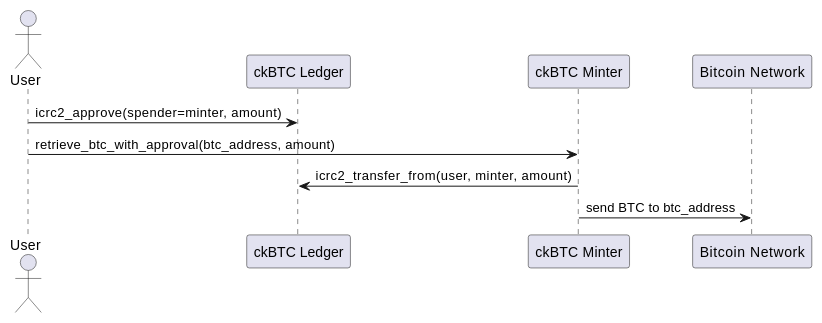
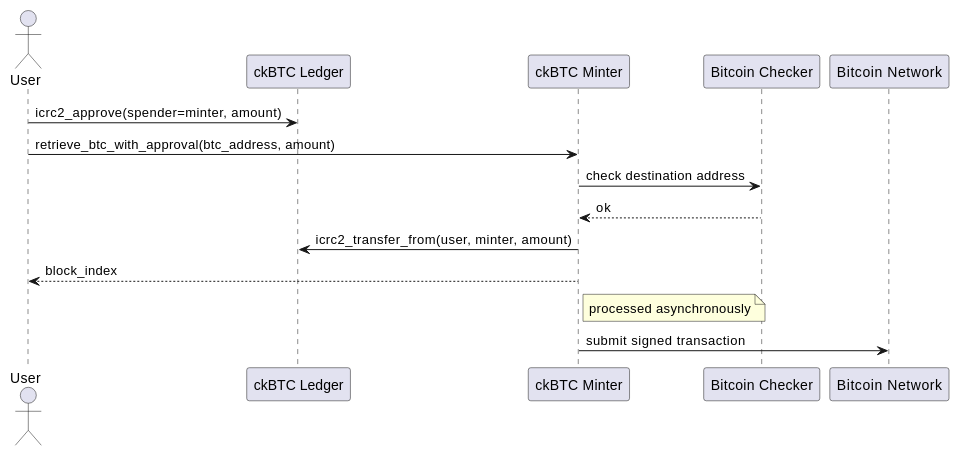
The second of 2 diagrams in docs/guides/chain-fusion/bitcoin.mdx (dfinity/developer-docs), drawn with PlantUML before and after one commit. The commit also changed other lines of this file, not shown here.

First line of the commit message:
docs(bitcoin): add KYT check and full participants to ckBTC flow diagrams

````diff
--- a/docs/guides/chain-fusion/bitcoin.mdx
+++ b/docs/guides/chain-fusion/bitcoin.mdx
@@ -242,11 +248,16 @@
 ```plantuml
 actor User
 participant "ckBTC Ledger" as Ledger
 participant "ckBTC Minter" as Minter
+participant "Bitcoin Checker" as KYT
 participant "Bitcoin Network" as BTC
 
 User -> Ledger: icrc2_approve(spender=minter, amount)
 User -> Minter: retrieve_btc_with_approval(btc_address, amount)
+Minter -> KYT: check destination address
+KYT --> Minter: ok
 Minter -> Ledger: icrc2_transfer_from(user, minter, amount)
-Minter -> BTC: send BTC to btc_address
+Minter --> User: block_index
+note right of Minter: processed asynchronously
+Minter -> BTC: submit signed transaction
 ```
````
